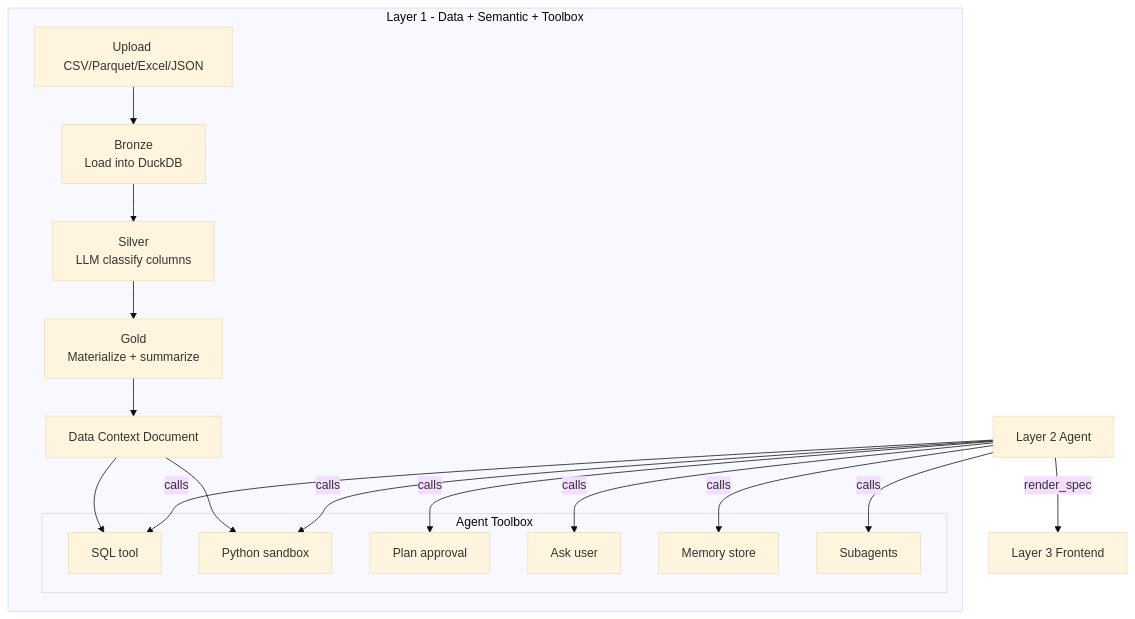
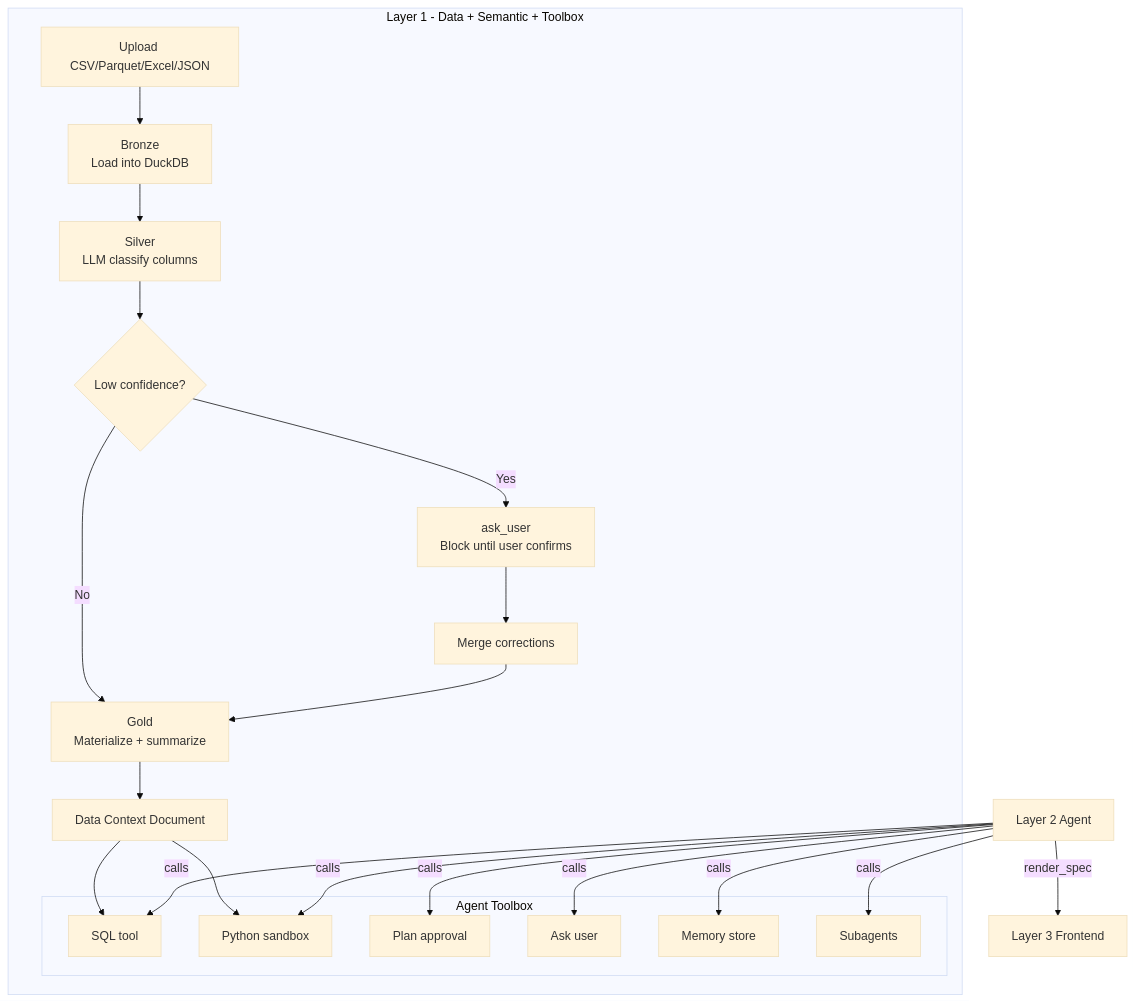
The first of 5 diagrams in README.md (hitakshiA/Manthan), drawn with Mermaid (base theme) before and after one commit. The commit also changed other lines of this file, not shown here.

Commit message:
docs: update README with interactive clarification flow + mermaid diagrams

````diff
--- a/README.md
+++ b/README.md
@@ -36,17 +35,21 @@
 ```mermaid
 graph TB
     subgraph "Layer 1 - Data + Semantic + Toolbox"
         Upload["Upload CSV/Parquet/Excel/JSON"] --> Bronze["Bronze\nLoad into DuckDB"]
         Bronze --> Silver["Silver\nLLM classify columns"]
-        Silver --> Gold["Gold\nMaterialize + summarize"]
+        Silver --> Clarify{"Low confidence?"}
+        Clarify -->|Yes| AskUser["ask_user\nBlock until user confirms"]
+        AskUser --> Merge["Merge corrections"]
+        Clarify -->|No| Gold
+        Merge --> Gold["Gold\nMaterialize + summarize"]
         Gold --> DCD["Data Context Document"]
 
         subgraph "Agent Toolbox"
-            SQL["SQL tool"] & Python["Python sandbox"] & Plans["Plan approval"] & AskUser["Ask user"] & Memory["Memory store"] & Subagents["Subagents"]
+            SQL["SQL tool"] & Python["Python sandbox"] & Plans["Plan approval"] & Ask["Ask user"] & Memory["Memory store"] & Subagents["Subagents"]
         end
         DCD --> SQL & Python
     end
 
-    Agent["Layer 2 Agent"] -->|calls| SQL & Python & Plans & AskUser & Memory & Subagents
+    Agent["Layer 2 Agent"] -->|calls| SQL & Python & Plans & Ask & Memory & Subagents
     Agent -->|render_spec| UI["Layer 3 Frontend"]
 ```
````
